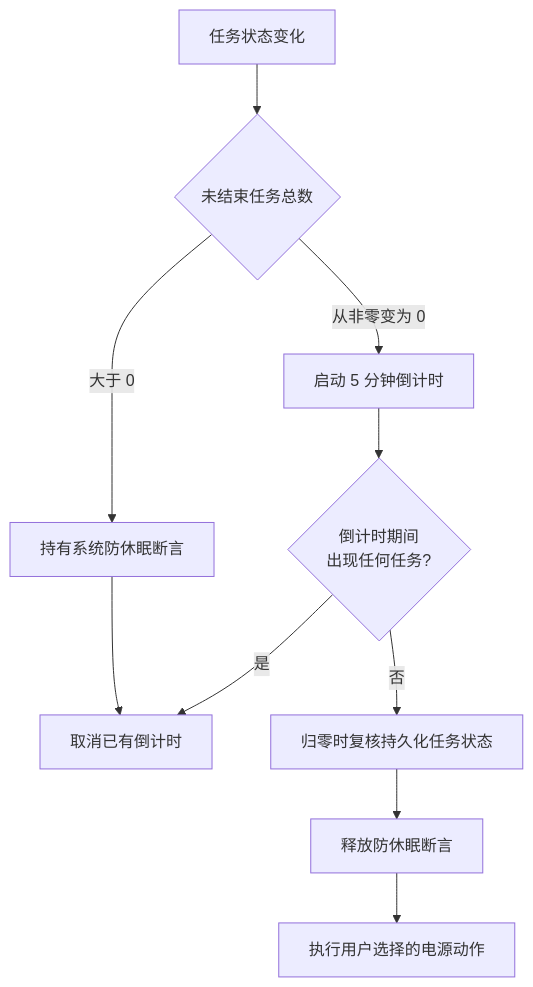
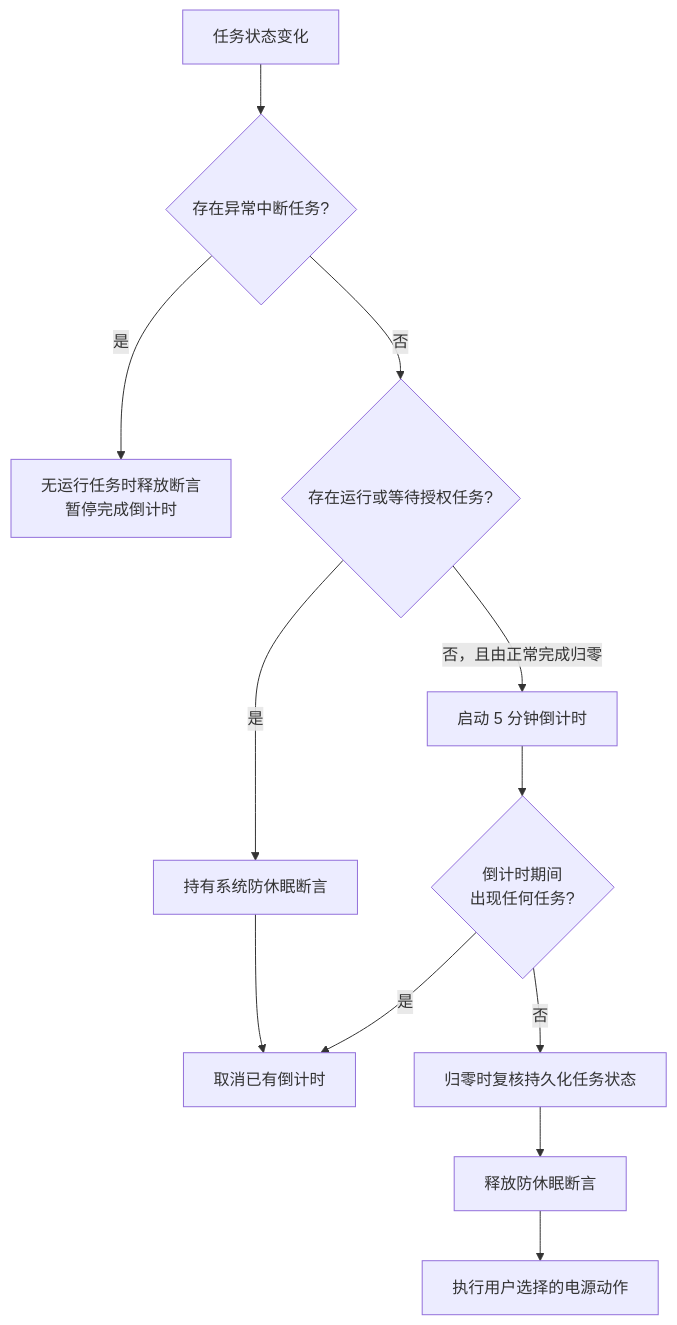
Before and after one commit to ooAKLoo/terminap: the second of 2 diagrams in docs/PRODUCT_STATE_LOGIC.md, drawn with Mermaid. The commit also changed other lines of this file and 13 other files, not shown here.

````diff
--- a/docs/PRODUCT_STATE_LOGIC.md
+++ b/docs/PRODUCT_STATE_LOGIC.md
@@ -55,12 +60,14 @@
 ```mermaid
 flowchart TD
-    event[任务状态变化] --> count{未结束任务总数}
-    count -->|大于 0| awake[持有系统防休眠断言]
+    event[任务状态变化] --> interrupted{存在异常中断任务?}
+    interrupted -->|是| suspended[无运行任务时释放断言<br/>暂停完成倒计时]
+    interrupted -->|否| live{存在运行或等待授权任务?}
+    live -->|是| awake[持有系统防休眠断言]
     awake --> cancel[取消已有倒计时]
-    count -->|从非零变为 0| countdown[启动 5 分钟倒计时]
+    live -->|否，且由正常完成归零| countdown[启动 5 分钟倒计时]
     countdown --> changed{倒计时期间<br/>出现任何任务?}
     changed -->|是| cancel
     changed -->|否| recheck[归零时复核持久化任务状态]
     recheck --> action[释放防休眠断言]
     action --> execute[执行用户选择的电源动作]
 ```
````
